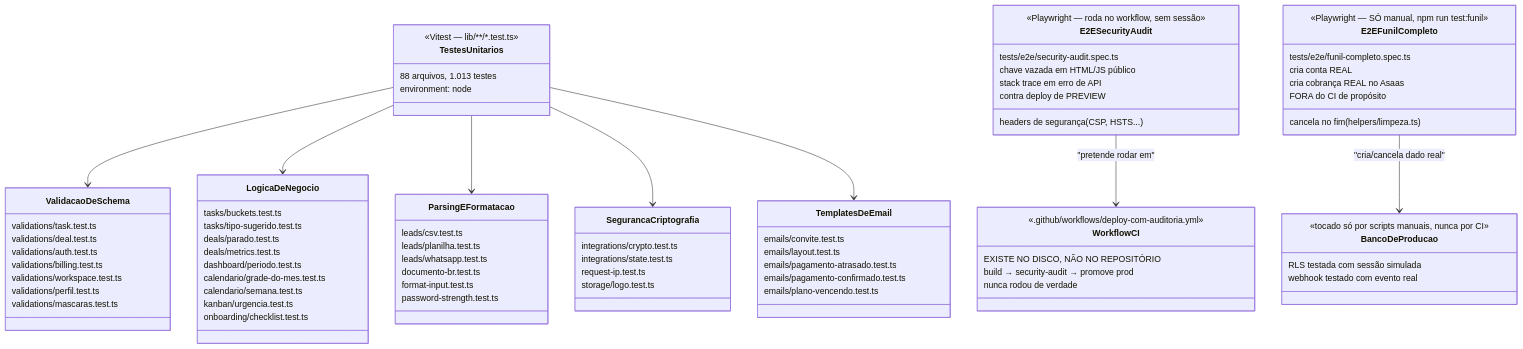
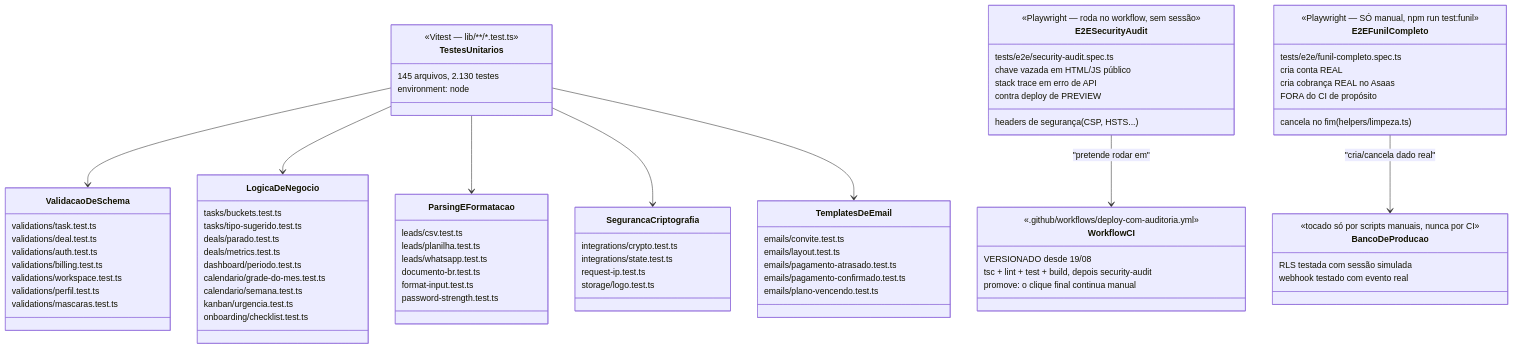
The first of 2 diagrams in docs/testes.md (rickcruzzz/closify-crm), drawn with Mermaid before and after one commit. The commit also changed other lines of this file and 6 other files, not shown here.

```diff
--- a/docs/testes.md
+++ b/docs/testes.md
@@ -69,7 +75,7 @@
 classDiagram
     class TestesUnitarios {
         <<Vitest — lib/**/*.test.ts>>
-        88 arquivos, 1.013 testes
+        145 arquivos, 2.130 testes
         environment: node
     }
 
@@ -139,9 +145,9 @@
 
     class WorkflowCI {
         <<.github/workflows/deploy-com-auditoria.yml>>
-        EXISTE NO DISCO, NÃO NO REPOSITÓRIO
-        build → security-audit → promove prod
-        nunca rodou de verdade
+        VERSIONADO desde 19/08
+        tsc + lint + test + build, depois security-audit
+        promove: o clique final continua manual
     }
 
     class BancoDeProducao {
```
